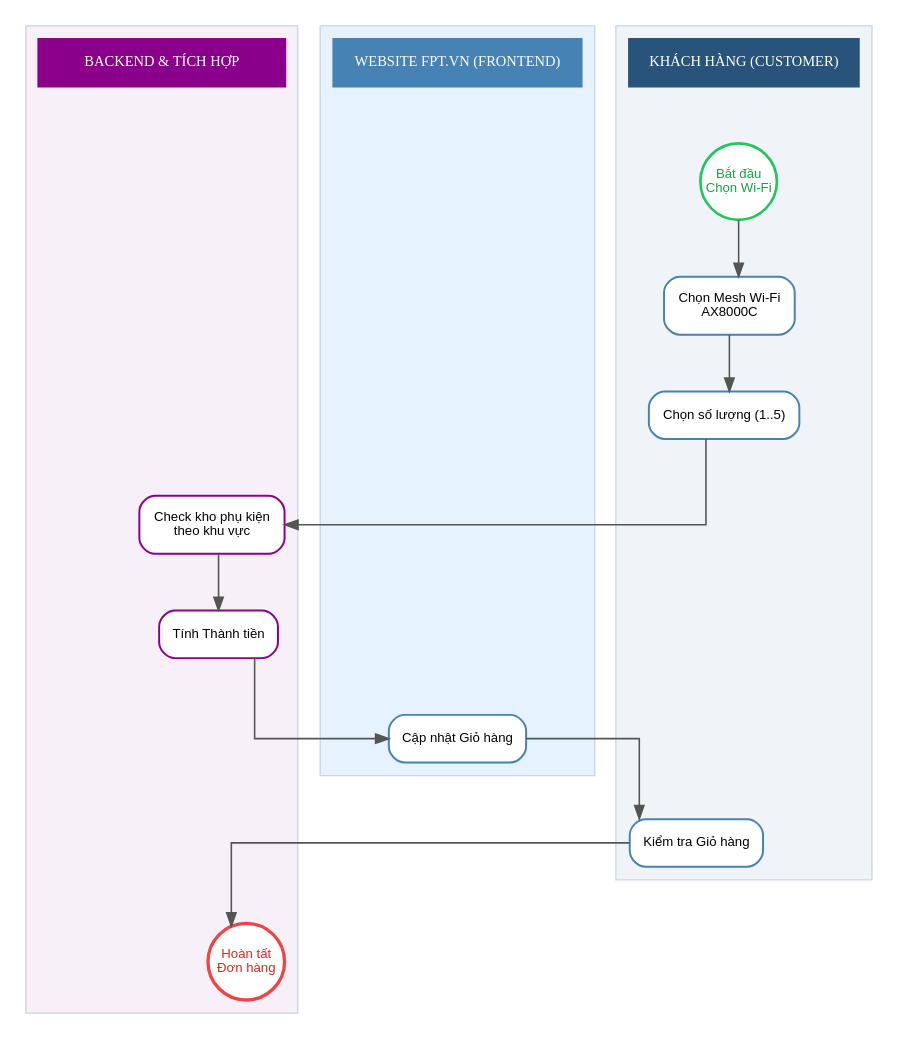
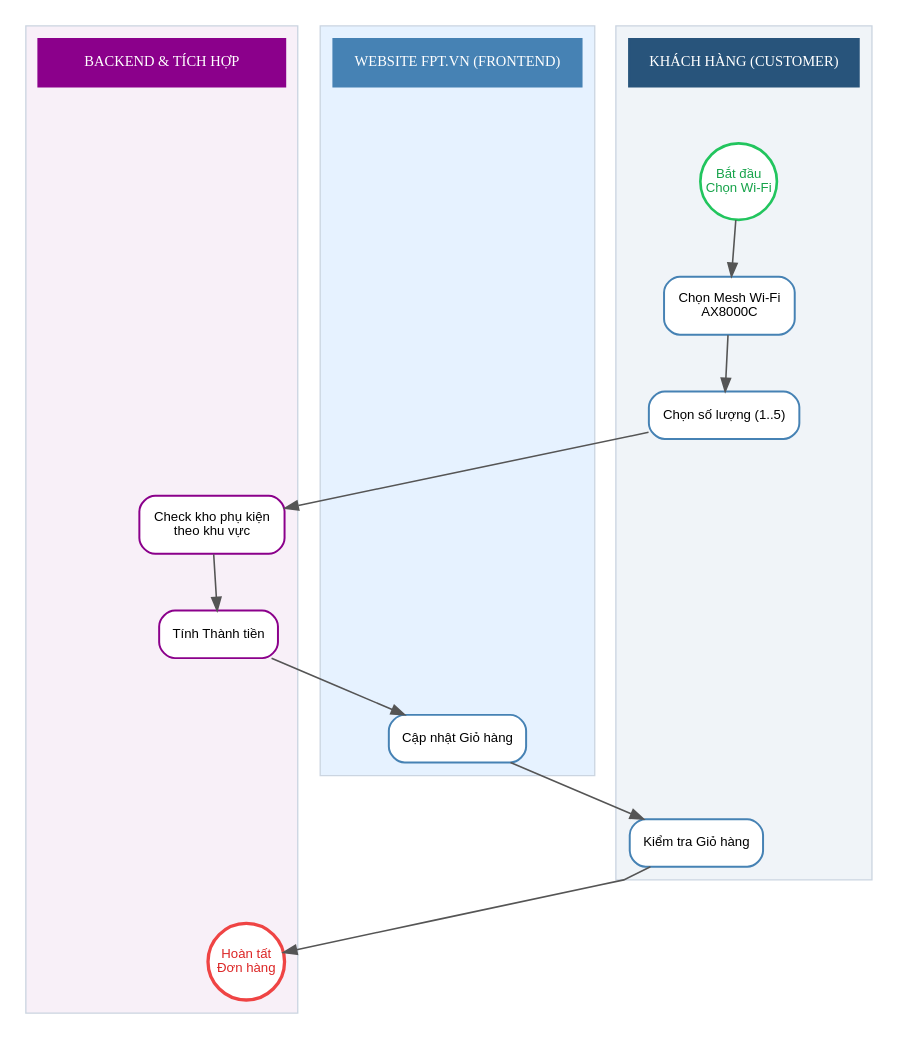
The diagram in diagrams/bpmn_fr03_ax8000c.dot (hathuy2706-BA/FPT), drawn with Graphviz before and after one commit. The commit also changed 27 other files, not shown here.

Commit message:
Update PRD diagrams: keep lines inside lanes, merge end nodes, reduce height

```diff
--- a/diagrams/bpmn_fr03_ax8000c.dot
+++ b/diagrams/bpmn_fr03_ax8000c.dot
@@ -1,42 +1,42 @@
 
 digraph G {
 
     rankdir=TB;
-    splines=ortho;
+    splines=polyline;
     nodesep=0.5;
     ranksep=0.6;
     newrank=true;
     compound=true;
     fontname="Arial";
     
     // Default node style for Customer/FE
     node [fontname="Arial", fontsize=10, shape=box, style="rounded,filled", fillcolor="white", color="#4682B4", penwidth=1.5, margin=0.15];
     edge [fontname="Arial", fontsize=9, color="#555555", penwidth=1.2];
 
     subgraph cluster_customer {
         style=filled; color="#CBD5E1"; fillcolor="#F0F4F8"; penwidth=1; label=""; margin=10;
         h_cust [label="KHÁCH HÀNG (CUSTOMER)", shape=box, style="filled", fillcolor="#28547B", color="#28547B", fontcolor="white", fontsize=11, fontname="Arial bold", width=2.4, height=0.5, fixedsize=false];
         start [label="Bắt đầu\nChọn Wi-Fi", shape=circle, style="filled,bold", fillcolor="white", color="#22C55E", fontcolor="#16A34A", penwidth=2, width=0.8, fixedsize=true];
         select_ap [label="Chọn Mesh Wi-Fi\nAX8000C"];
         set_qty [label="Chọn số lượng (1..5)"];
         view_cart [label="Kiểm tra Giỏ hàng"];
         h_cust -> start [style=invis];
     }
     subgraph cluster_fe {
         style=filled; color="#CBD5E1"; fillcolor="#E6F2FF"; penwidth=1; label=""; margin=10;
         h_fe [label="WEBSITE FPT.VN (FRONTEND)", shape=box, style="filled", fillcolor="#4682B4", color="#4682B4", fontcolor="white", fontsize=11, fontname="Arial bold", width=2.4, height=0.5, fixedsize=false];
         render_ap [label="Cập nhật Giỏ hàng"];
         h_fe -> render_ap [style=invis];
     }
     subgraph cluster_be {
         style=filled; color="#CBD5E1"; fillcolor="#F8F0F8"; penwidth=1; label=""; margin=10;
         h_be [label="BACKEND & TÍCH HỢP", shape=box, style="filled", fillcolor="#8B008B", color="#8B008B", fontcolor="white", fontsize=11, fontname="Arial bold", width=2.6, height=0.5, fixedsize=false];
         check_stock [label="Check kho phụ kiện\ntheo khu vực", color="#8B008B"];
         calc_total [label="Tính Thành tiền", color="#8B008B"];
         end [label="Hoàn tất\nĐơn hàng", shape=circle, style="filled,bold", fillcolor="white", color="#EF4444", fontcolor="#DC2626", penwidth=2.5, width=0.8, fixedsize=true];
         h_be -> check_stock [style=invis];
     }
     { rank=same; h_cust; h_fe; h_be; }
     
     start -> select_ap -> set_qty -> check_stock -> calc_total -> render_ap -> view_cart -> end;
 }
```
